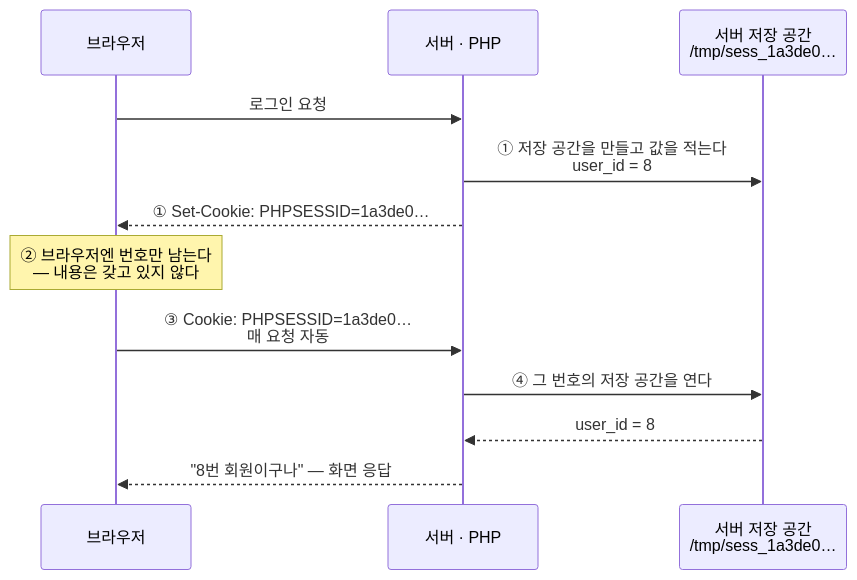
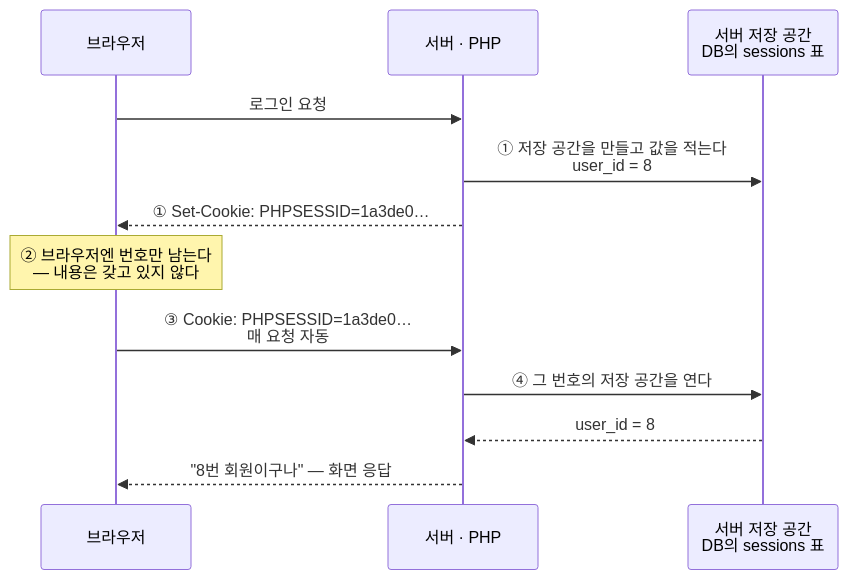
The second of 2 diagrams in lamp/src/week16/발표_쿠키와세션.md (weweweme/teamnova_basic_class), drawn with Mermaid before and after one commit. The commit also changed other lines of this file, not shown here.

````diff
--- a/lamp/src/week16/발표_쿠키와세션.md
+++ b/lamp/src/week16/발표_쿠키와세션.md
@@ -552,16 +552,16 @@
 ```mermaid
 sequenceDiagram
     participant B as 브라우저
     participant S as 서버 · PHP
-    participant D as 서버 저장 공간<br/>/tmp/sess_1a3de0…
+    participant D as 서버 저장 공간<br/>DB의 sessions 표
 
     B->>S: 로그인 요청
     S->>D: ① 저장 공간을 만들고 값을 적는다<br/>user_id = 8
     S-->>B: ① Set-Cookie: PHPSESSID=1a3de0…
     Note over B: ② 브라우저엔 번호만 남는다<br/>— 내용은 갖고 있지 않다
 
     B->>S: ③ Cookie: PHPSESSID=1a3de0…<br/>매 요청 자동
     S->>D: ④ 그 번호의 저장 공간을 연다
     D-->>S: user_id = 8
     S-->>B: "8번 회원이구나" — 화면 응답
 ```
````
